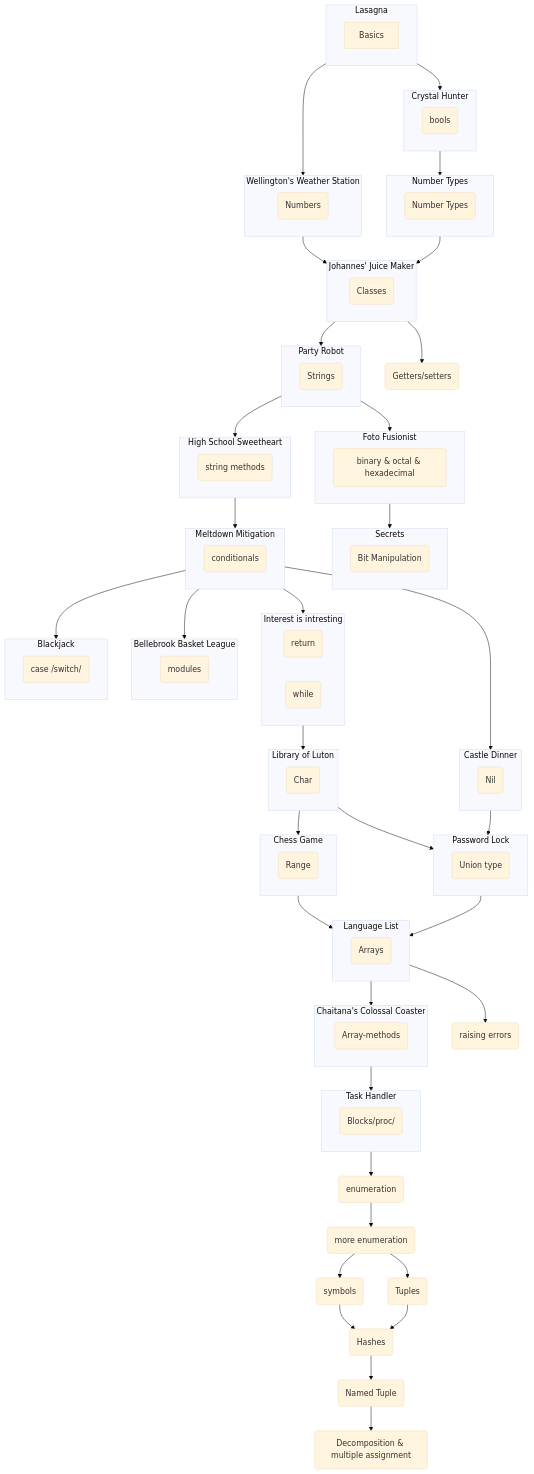
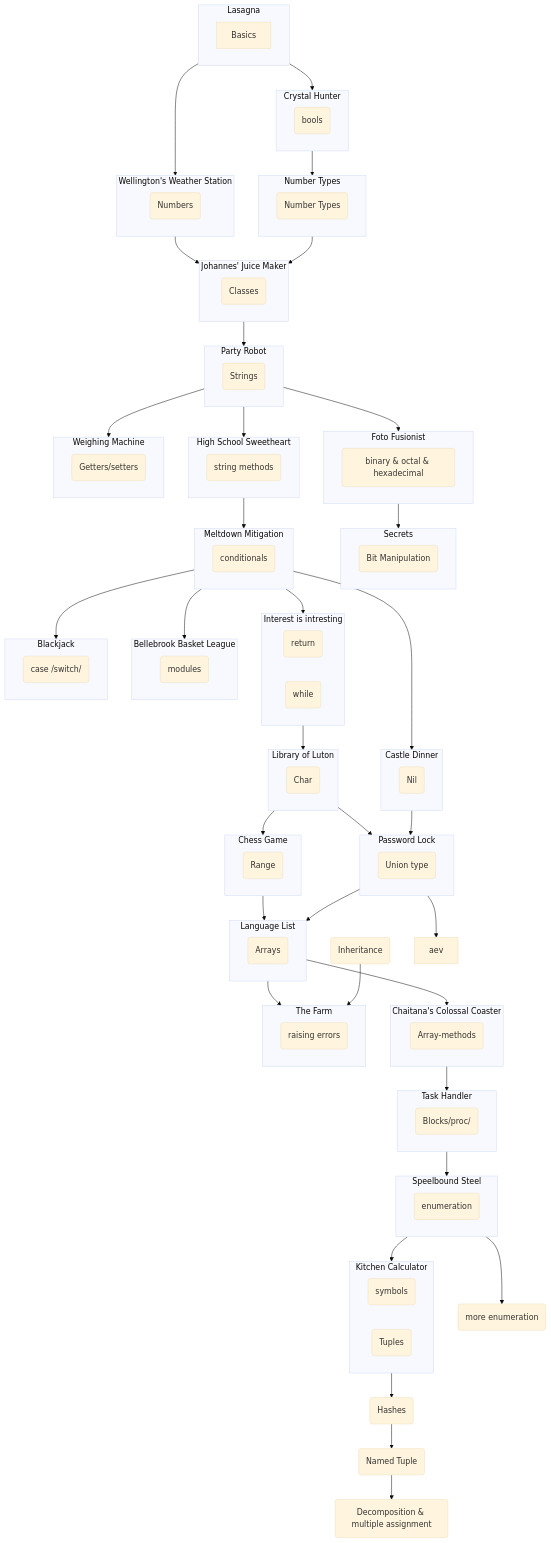
The diagram in misc/concept_tree.md (meatball133/crystal), drawn with Mermaid (base theme) before and after one commit.

Commit message:
Update concept tree

````diff
--- a/misc/concept_tree.md
+++ b/misc/concept_tree.md
@@ -89,6 +89,23 @@
         s(Blocks/proc/)
     end
 
+    subgraph V [Weighing Machine]
+        m(Getters/setters)
+    end
+
+    subgraph W [The Farm]
+        p(raising errors)
+    end
+
+    subgraph X [Speelbound Steel]
+        t(enumeration)
+    end
+
+    subgraph Y [Kitchen Calculator]
+        x(symbols)
+        y(Tuples)
+    end
+
     A --> B
     A --> C
     B --> J
@@ -111,28 +128,21 @@
     F --> S
     S --> T
     R --> U
-    U --> t
+    U --> X
+    F --> V
+    Q --> W
+    X --> Y
 
-
-
-    m(Getters/setters)
-    p(raising errors)
-    s(Blocks/proc/)
-    t(enumeration)
     u(more enumeration)
-    x(symbols)
-    y(Tuples)
     z(Hashes)
     aa(Named Tuple)
     ab(Decomposition & multiple assignment)
+    ae(Inheritance)
 
-    Q --> p
-    t --> u
-    u --> y
-    u --> x
-    x --> z
-    y --> z
+    X --> u
+    Y --> z
     z --> aa
     aa --> ab
-    E --> m
+    ae --> W
+    O --> aev
 ```
````
